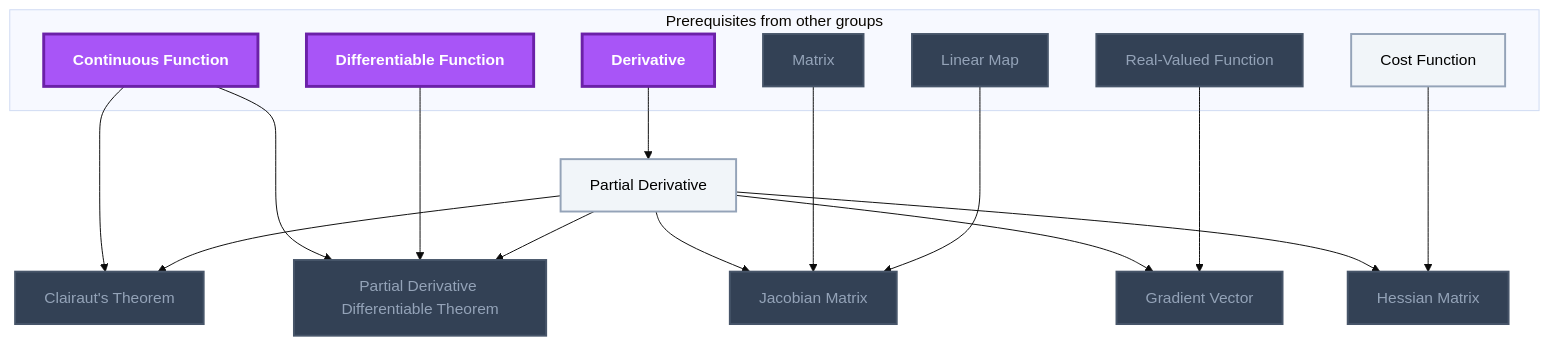
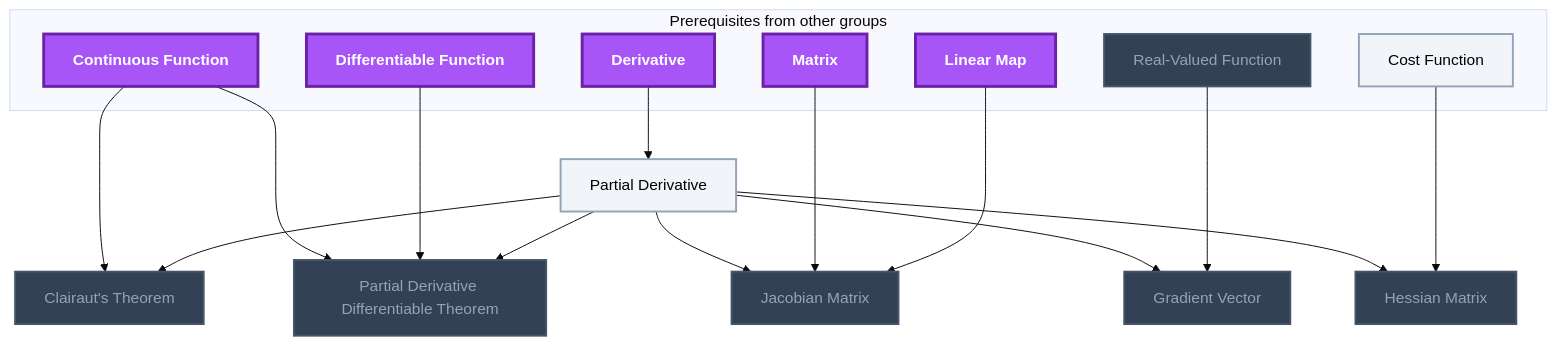
One commit to MRauf1/My-Notes changed the tenth of 12 diagrams in Gamification/Skill Trees/Calculus.md. Above: the diagram before and after it, drawn with Mermaid (base theme). The commit also changed other lines of this file and 57 other files, not shown here.

````diff
--- a/Gamification/Skill Trees/Calculus.md
+++ b/Gamification/Skill Trees/Calculus.md
@@ -752,44 +753,44 @@
 ```mermaid
 flowchart TD
     classDef planned fill:#1E293B,stroke:#64748B,stroke-width:2px,stroke-dasharray:5 5,color:#94A3B8;
     classDef locked fill:#334155,stroke:#475569,stroke-width:2px,color:#94A3B8;
     classDef L0 fill:#F1F5F9,stroke:#94A3B8,stroke-width:2px,color:#000000;
     classDef L1 fill:#22C55E,stroke:#15803D,stroke-width:2px,color:#000000;
     classDef L2 fill:#3B82F6,stroke:#1D4ED8,stroke-width:3px,color:#FFFFFF;
     classDef L3 fill:#A855F7,stroke:#6B21A8,stroke-width:3px,color:#FFFFFF,font-weight:bold;
     classDef L4 fill:#F97316,stroke:#C2410C,stroke-width:4px,color:#000000,font-weight:bold;
     classDef L5 fill:#FFD700,stroke:#FF8C00,stroke-width:5px,color:#000000,font-weight:bold;
     classDef rusty stroke:#8B4513,stroke-width:4px,stroke-dasharray:3 3;
     subgraph sg_prereqs["Prerequisites from other groups"]
         n_derivative["Derivative"]
         n_continuous_function["Continuous Function"]
         n_differentiable_function["Differentiable Function"]
         n_matrix["Matrix"]
         n_linear_map["Linear Map"]
         n_real_valued_function["Real-Valued Function"]
         n_cost_function["Cost Function"]
     end
     n_partial_derivative["Partial Derivative"]
     n_clairaut_s_theorem["Clairaut's Theorem"]
     n_partial_derivative_differentiable_theorem["Partial Derivative Differentiable Theorem"]
     n_jacobian_matrix["Jacobian Matrix"]
     n_gradient_vector["Gradient Vector"]
     n_hessian_matrix["Hessian Matrix"]
     n_derivative --> n_partial_derivative
     n_continuous_function --> n_clairaut_s_theorem
     n_partial_derivative --> n_clairaut_s_theorem
     n_continuous_function --> n_partial_derivative_differentiable_theorem
     n_differentiable_function --> n_partial_derivative_differentiable_theorem
     n_partial_derivative --> n_partial_derivative_differentiable_theorem
     n_partial_derivative --> n_jacobian_matrix
     n_matrix --> n_jacobian_matrix
     n_linear_map --> n_jacobian_matrix
     n_partial_derivative --> n_gradient_vector
     n_real_valued_function --> n_gradient_vector
     n_partial_derivative --> n_hessian_matrix
     n_cost_function --> n_hessian_matrix
-    class n_matrix,n_linear_map,n_real_valued_function,n_clairaut_s_theorem,n_partial_derivative_differentiable_theorem,n_jacobian_matrix,n_gradient_vector,n_hessian_matrix locked;
+    class n_real_valued_function,n_clairaut_s_theorem,n_partial_derivative_differentiable_theorem,n_jacobian_matrix,n_gradient_vector,n_hessian_matrix locked;
     class n_cost_function,n_partial_derivative L0;
-    class n_derivative,n_continuous_function,n_differentiable_function L3;
+    class n_derivative,n_continuous_function,n_differentiable_function,n_matrix,n_linear_map L3;
     class n_derivative,n_continuous_function,n_differentiable_function,n_matrix,n_linear_map,n_real_valued_function,n_cost_function,n_partial_derivative,n_clairaut_s_theorem,n_partial_derivative_differentiable_theorem,n_jacobian_matrix,n_gradient_vector,n_hessian_matrix internal-link;
 ```
````
